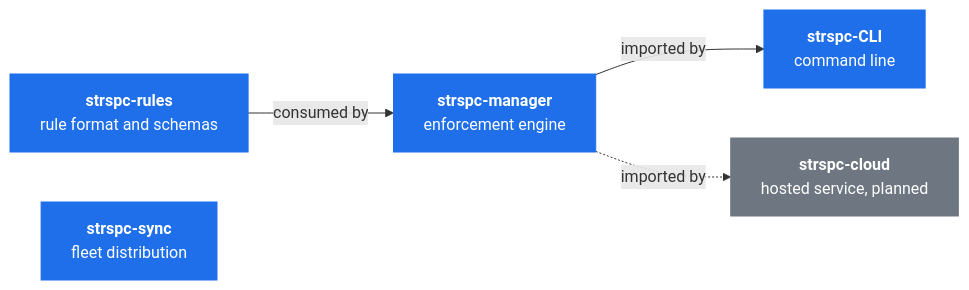
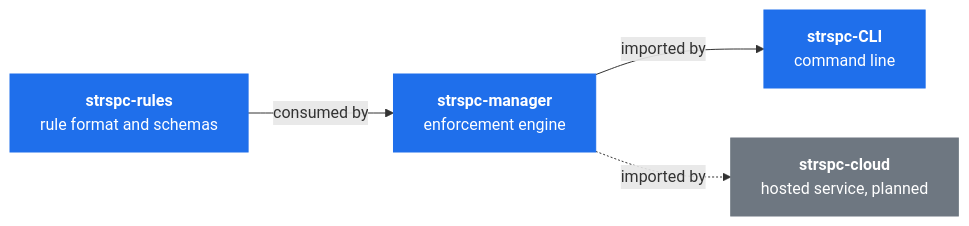
Before and after one commit to SteerSpec/.github: the diagram in profile/README.md, drawn with Mermaid. The commit also changed other lines of this file, not shown here.

Commit message:
docs: address review — tap trust step, drop disconnected graph node, drop stale spec version

````diff
--- a/profile/README.md
+++ b/profile/README.md
@@ -27,17 +27,16 @@
 ```mermaid
 flowchart LR
     R["<b>strspc-rules</b><br/>rule format and schemas"]
     M["<b>strspc-manager</b><br/>enforcement engine"]
     C["<b>strspc-CLI</b><br/>command line"]
-    S["<b>strspc-sync</b><br/>fleet distribution"]
     K["<b>strspc-cloud</b><br/>hosted service, planned"]
 
     R -->|consumed by| M
     M -->|imported by| C
     M -.->|imported by| K
 
     classDef shipped fill:#1f6feb,stroke:#1f6feb,color:#ffffff
     classDef planned fill:#6e7781,stroke:#6e7781,color:#ffffff
-    class R,M,C,S shipped
+    class R,M,C shipped
     class K planned
 ```
````
